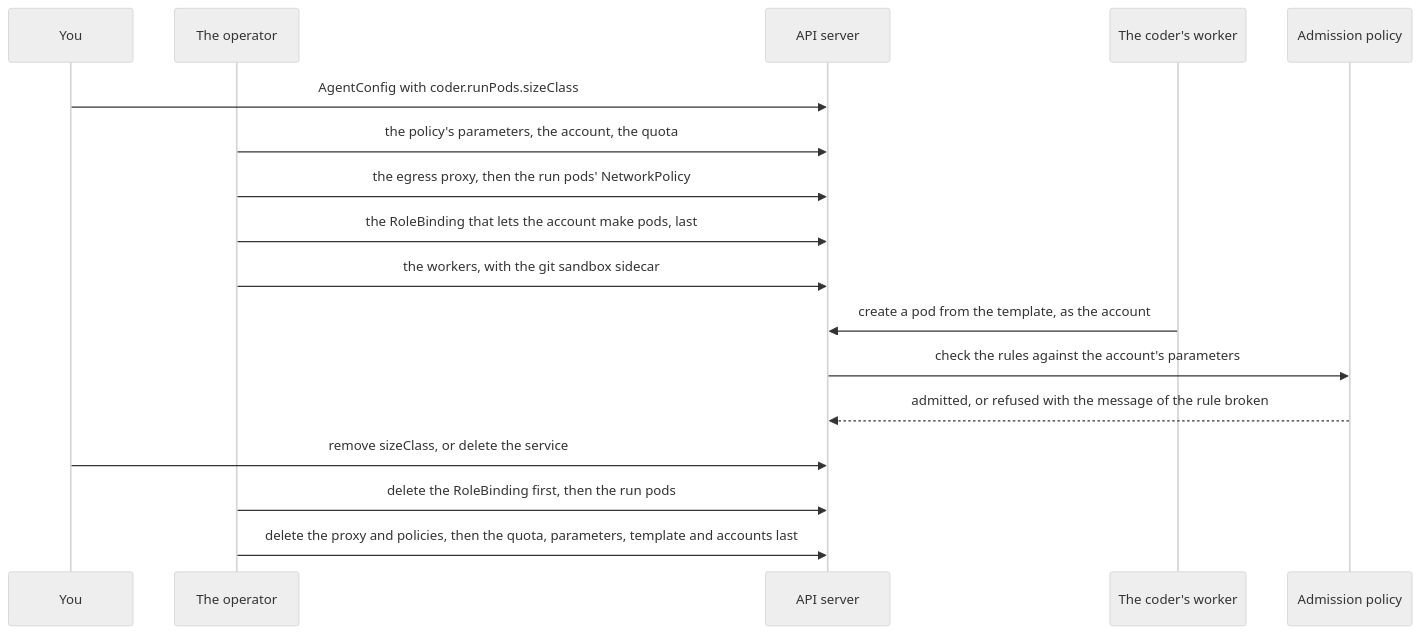
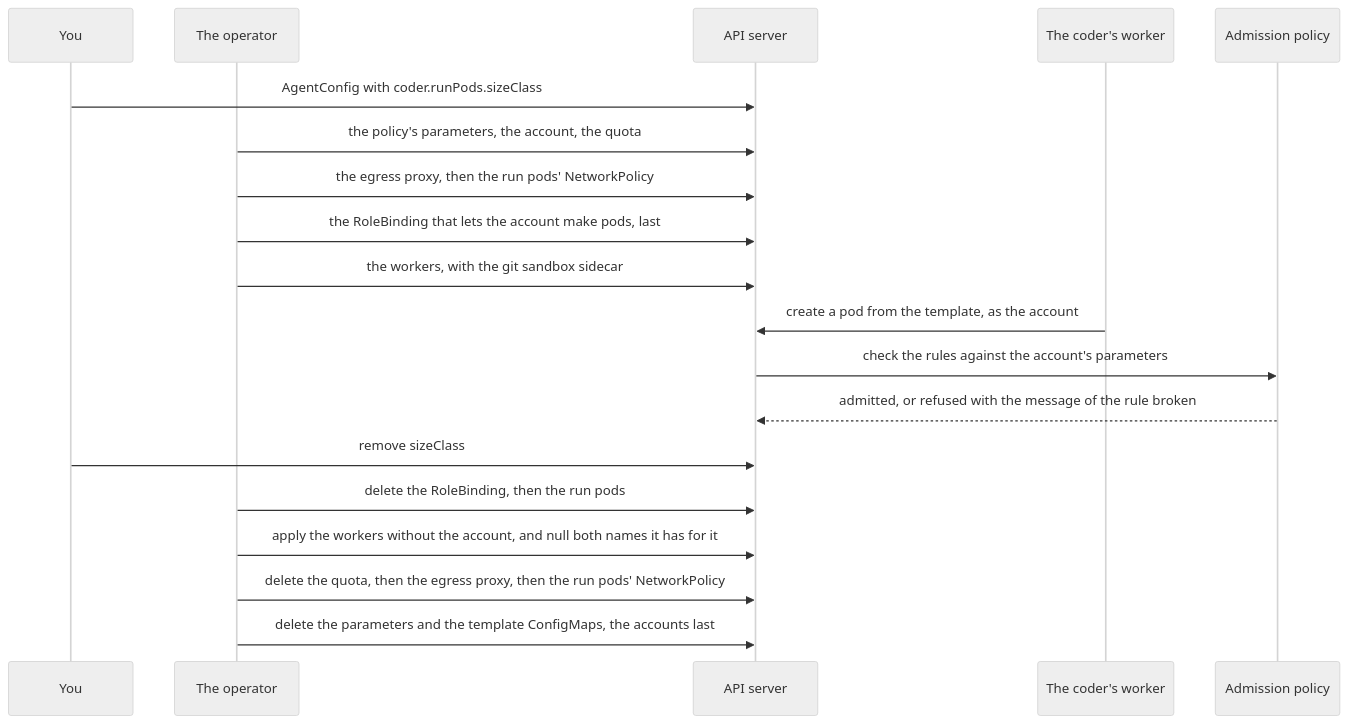
One commit to vymalo/another-agentic-platform changed the first of 4 diagrams in docs/guides/deploy/run-pods.md. Above: the diagram before and after it, drawn with Mermaid (neutral theme). The commit also changed other lines of this file and 3 other files, not shown here.

````diff
--- a/docs/guides/deploy/run-pods.md
+++ b/docs/guides/deploy/run-pods.md
@@ -66,19 +97,21 @@
 ```mermaid
 sequenceDiagram
   participant P as You
   participant O as The operator
   participant K as API server
   participant W as The coder's worker
   participant G as Admission policy
   P->>K: AgentConfig with coder.runPods.sizeClass
   O->>K: the policy's parameters, the account, the quota
   O->>K: the egress proxy, then the run pods' NetworkPolicy
   O->>K: the RoleBinding that lets the account make pods, last
   O->>K: the workers, with the git sandbox sidecar
   W->>K: create a pod from the template, as the account
   K->>G: check the rules against the account's parameters
   G-->>K: admitted, or refused with the message of the rule broken
-  P->>K: remove sizeClass, or delete the service
-  O->>K: delete the RoleBinding first, then the run pods
-  O->>K: delete the proxy and policies, then the quota, parameters, template and accounts last
+  P->>K: remove sizeClass
+  O->>K: delete the RoleBinding, then the run pods
+  O->>K: apply the workers without the account, and null both names it has for it
+  O->>K: delete the quota, then the egress proxy, then the run pods' NetworkPolicy
+  O->>K: delete the parameters and the template ConfigMaps, the accounts last
 ```
````
